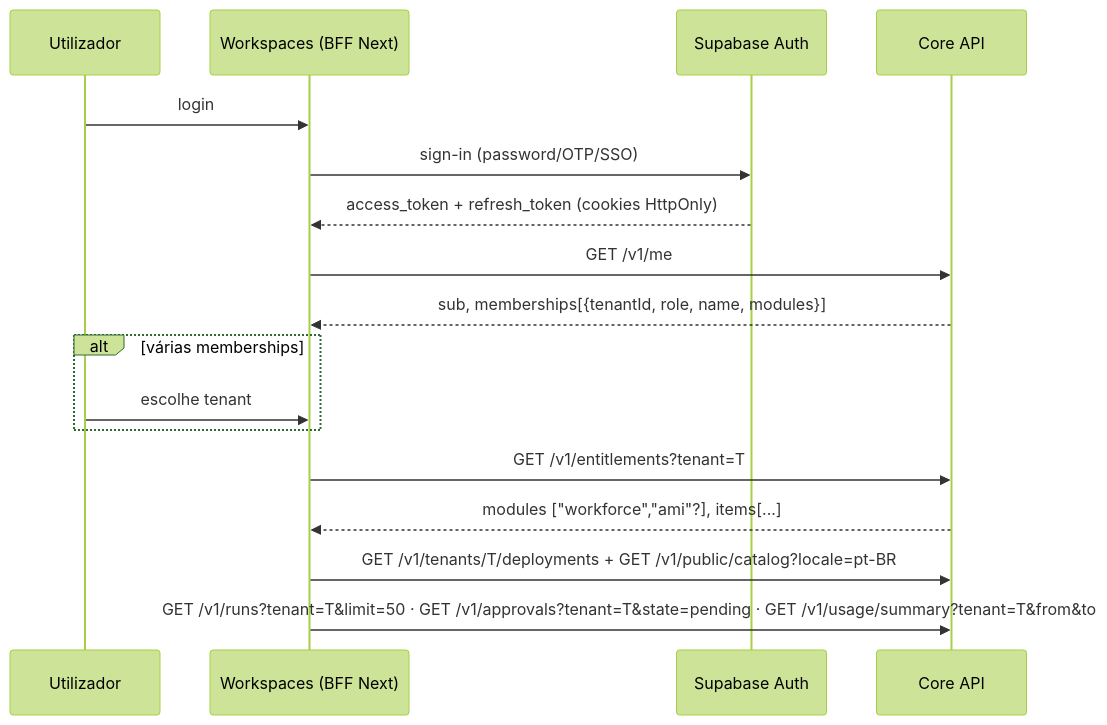
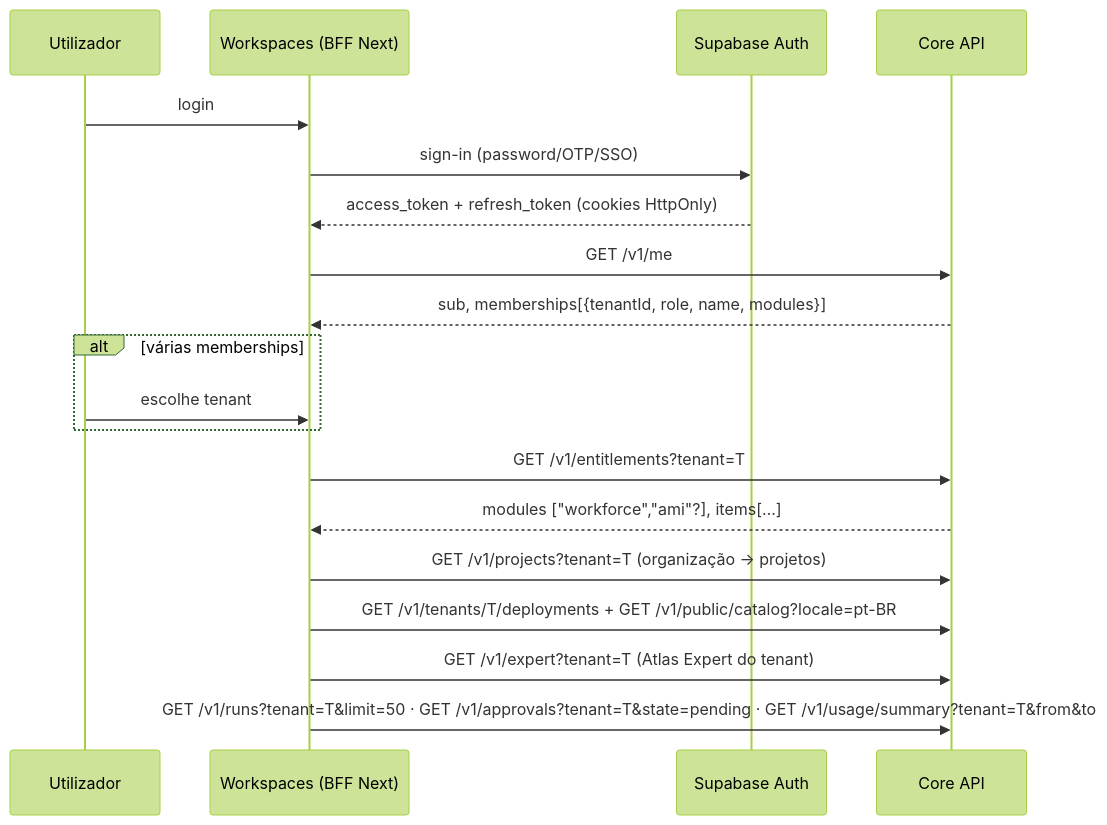
The diagram in docs/workspaces/04-CONTRATO-WORKSPACES.md (atlashub-digital/AtlasHub-AI-WaaS), drawn with Mermaid (forest theme) before and after one commit. The commit also changed other lines of this file and 8 other files, not shown here.

First line of the commit message:
docs(workspaces): plano Cliente·Tenant·Projeto·Expert, AMI como módulo, entitlements no backend/worker/gateway, HTTPS; contrato draft 2

````diff
--- a/docs/workspaces/04-CONTRATO-WORKSPACES.md
+++ b/docs/workspaces/04-CONTRATO-WORKSPACES.md
@@ -17,19 +17,21 @@
 ```mermaid
 sequenceDiagram
   participant U as Utilizador
   participant W as Workspaces (BFF Next)
   participant A as Supabase Auth
   participant C as Core API
   U->>W: login
   W->>A: sign-in (password/OTP/SSO)
   A-->>W: access_token + refresh_token (cookies HttpOnly)
   W->>C: GET /v1/me
   C-->>W: sub, memberships[{tenantId, role, name, modules}]
   alt várias memberships
     U->>W: escolhe tenant
   end
   W->>C: GET /v1/entitlements?tenant=T
   C-->>W: modules ["workforce","ami"?], items[...]
+  W->>C: GET /v1/projects?tenant=T (organização → projetos)
   W->>C: GET /v1/tenants/T/deployments + GET /v1/public/catalog?locale=pt-BR
+  W->>C: GET /v1/expert?tenant=T (Atlas Expert do tenant)
   W->>C: GET /v1/runs?tenant=T&limit=50 · GET /v1/approvals?tenant=T&state=pending · GET /v1/usage/summary?tenant=T&from&to
 ```
````
